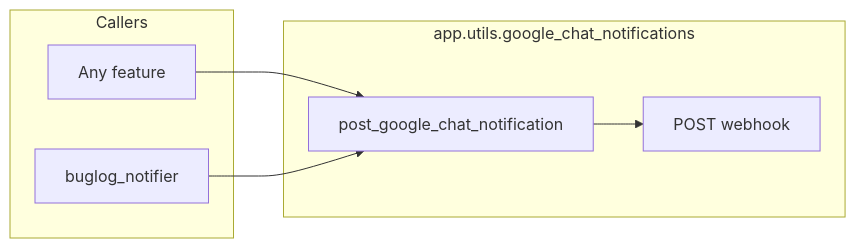
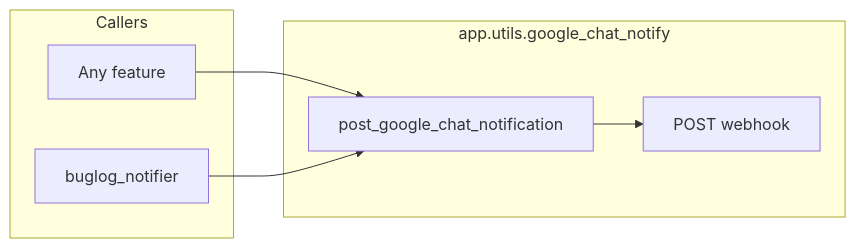
The diagram in docs/google-chat-notifications.md (strakergroup/Nake-Agentic-Slack), drawn with Mermaid before and after one commit. The commit also changed other lines of this file and 6 other files, not shown here.

First line of the commit message:
RAY-79300: Collapse Google Chat utils to single module

````diff
--- a/docs/google-chat-notifications.md
+++ b/docs/google-chat-notifications.md
@@ -48,14 +48,14 @@
 ```mermaid
 flowchart LR
   subgraph callers [Callers]
     A[Any feature]
     B[buglog_notifier]
   end
-  subgraph gc [app.utils.google_chat_notifications]
+  subgraph gc [app.utils.google_chat_notify]
     S[post_google_chat_notification]
     P[POST webhook]
   end
   A --> S
   B --> S
   S --> P
 ```
````
